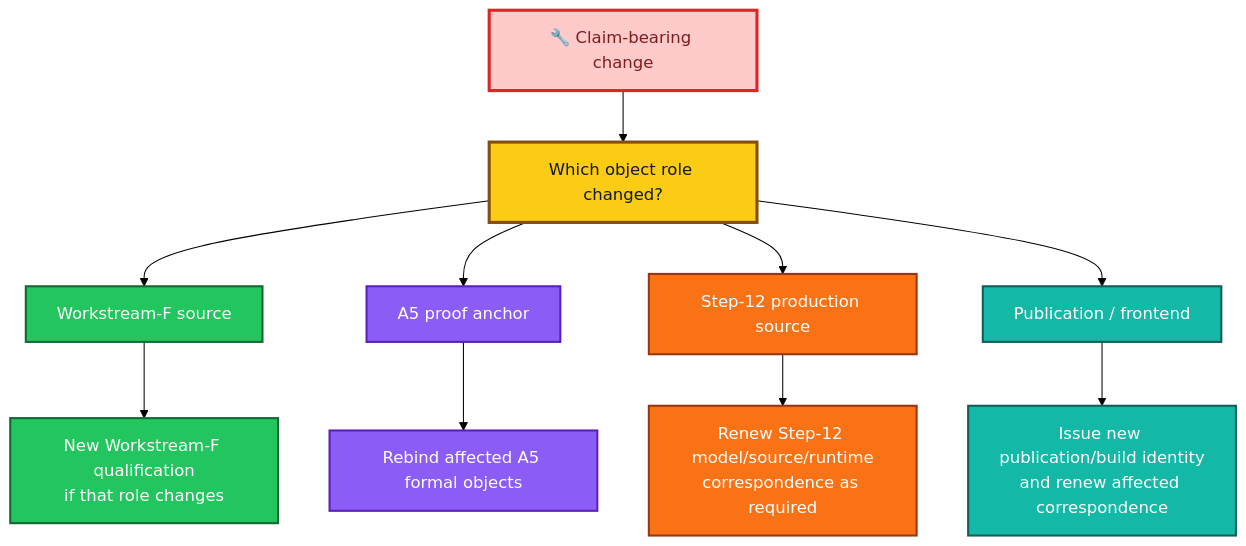
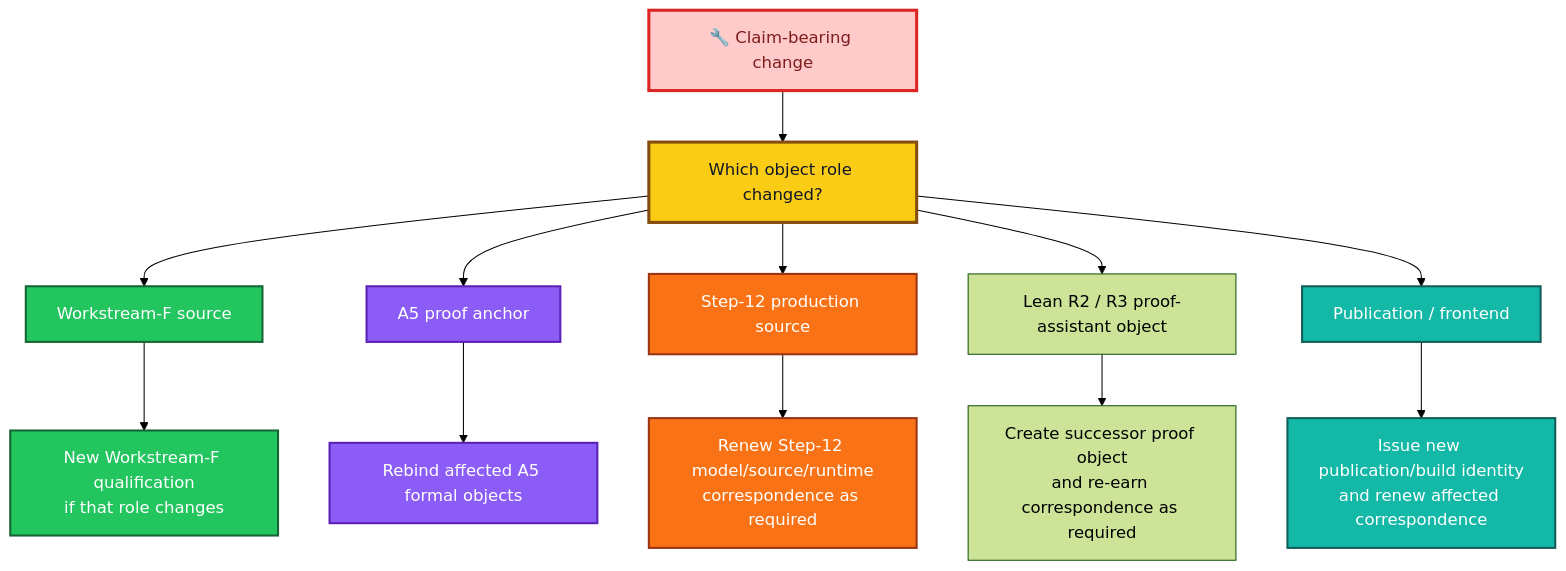
One commit to kiddstechnical/ALLIS-Artificial-Learning-and-Location-Intelligence-System changed the fourth of 4 diagrams in acceptance/qualified-baseline/README.md. Above: the diagram before and after it, drawn with Mermaid (forest theme). The commit also changed other lines of this file, not shown here.

First line of the commit message:
Introduce Lean R2 and Lean R3 qualification objects

````diff
--- a/acceptance/qualified-baseline/README.md
+++ b/acceptance/qualified-baseline/README.md
@@ -822,28 +934,33 @@
 ```mermaid
 flowchart TD
     C["🔧 Claim-bearing change"]:::change
     Q["Which object role changed?"]:::question
 
     F["Workstream-F source"]:::f
     A["A5 proof anchor"]:::a
     D["Step-12 production source"]:::d
+    L["Lean R2 / R3 proof-assistant object"]:::lean
     P["Publication / frontend"]:::p
 
     FR["New Workstream-F qualification<br/>if that role changes"]:::f
     AR["Rebind affected A5 formal objects"]:::a
     DR["Renew Step-12 model/source/runtime<br/>correspondence as required"]:::d
+    LR["Create successor proof object<br/>and re-earn correspondence as required"]:::lean
     PR["Issue new publication/build identity<br/>and renew affected correspondence"]:::p
 
     C --> Q
     Q --> F --> FR
     Q --> A --> AR
     Q --> D --> DR
+    Q --> L --> LR
     Q --> P --> PR
 
     classDef change fill:#fecaca,stroke:#dc2626,color:#7f1d1d,stroke-width:3px;
     classDef question fill:#facc15,stroke:#854d0e,color:#111827,stroke-width:3px;
     classDef f fill:#22c55e,stroke:#166534,color:#ffffff,stroke-width:2px;
     classDef a fill:#8b5cf6,stroke:#5b21b6,color:#ffffff,stroke-width:2px;
     classDef d fill:#f97316,stroke:#9a3412,color:#ffffff,stroke-width:2px;
+    classDef r2 fill:#ddd6fe,stroke:#7c3aed,color:#3b0764,stroke-width:2px;
+    classDef r3 fill:#e9d5ff,stroke:#6d28d9,color:#3b0764,stroke-width:2px;
     classDef p fill:#14b8a6,stroke:#115e59,color:#ffffff,stroke-width:2px;
 ```
````
